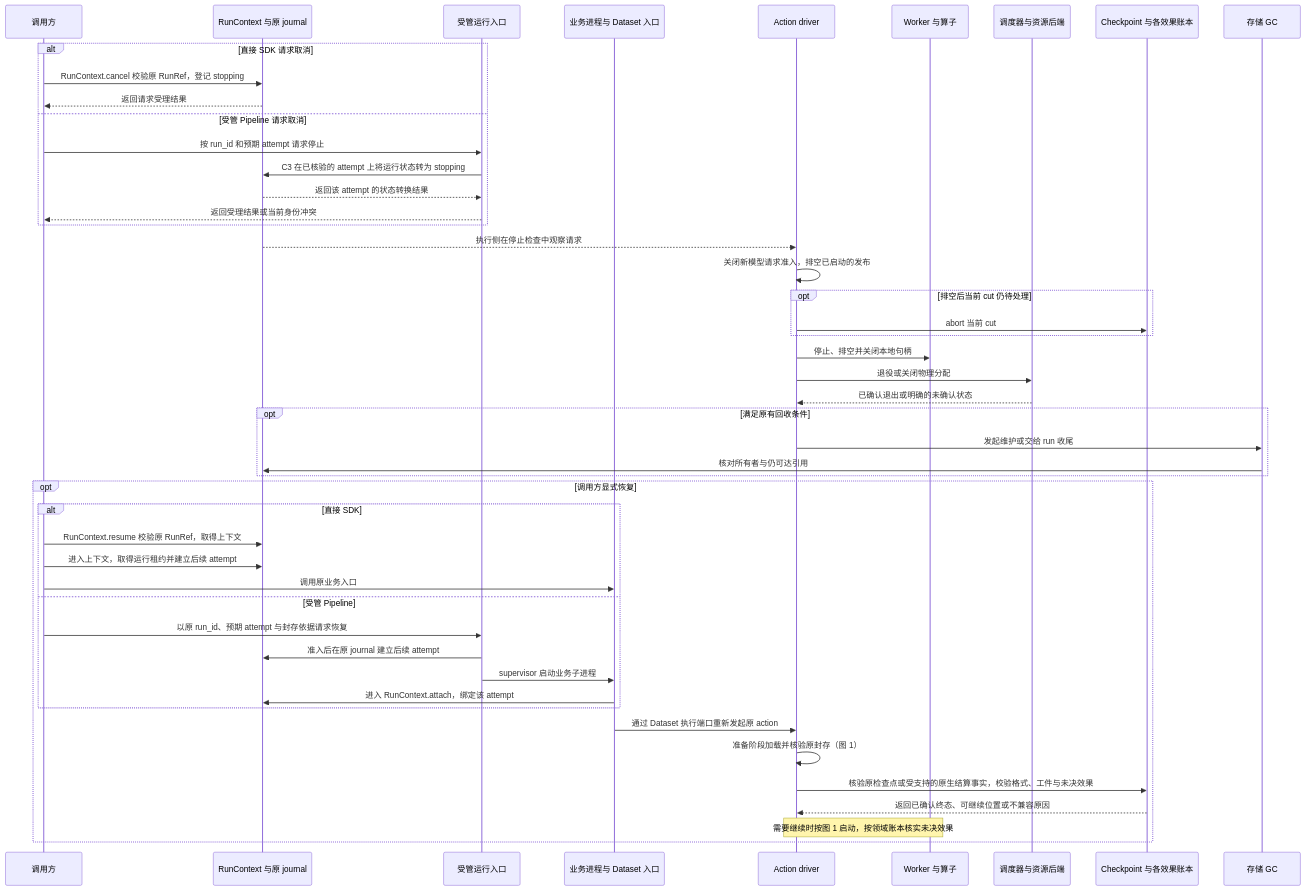
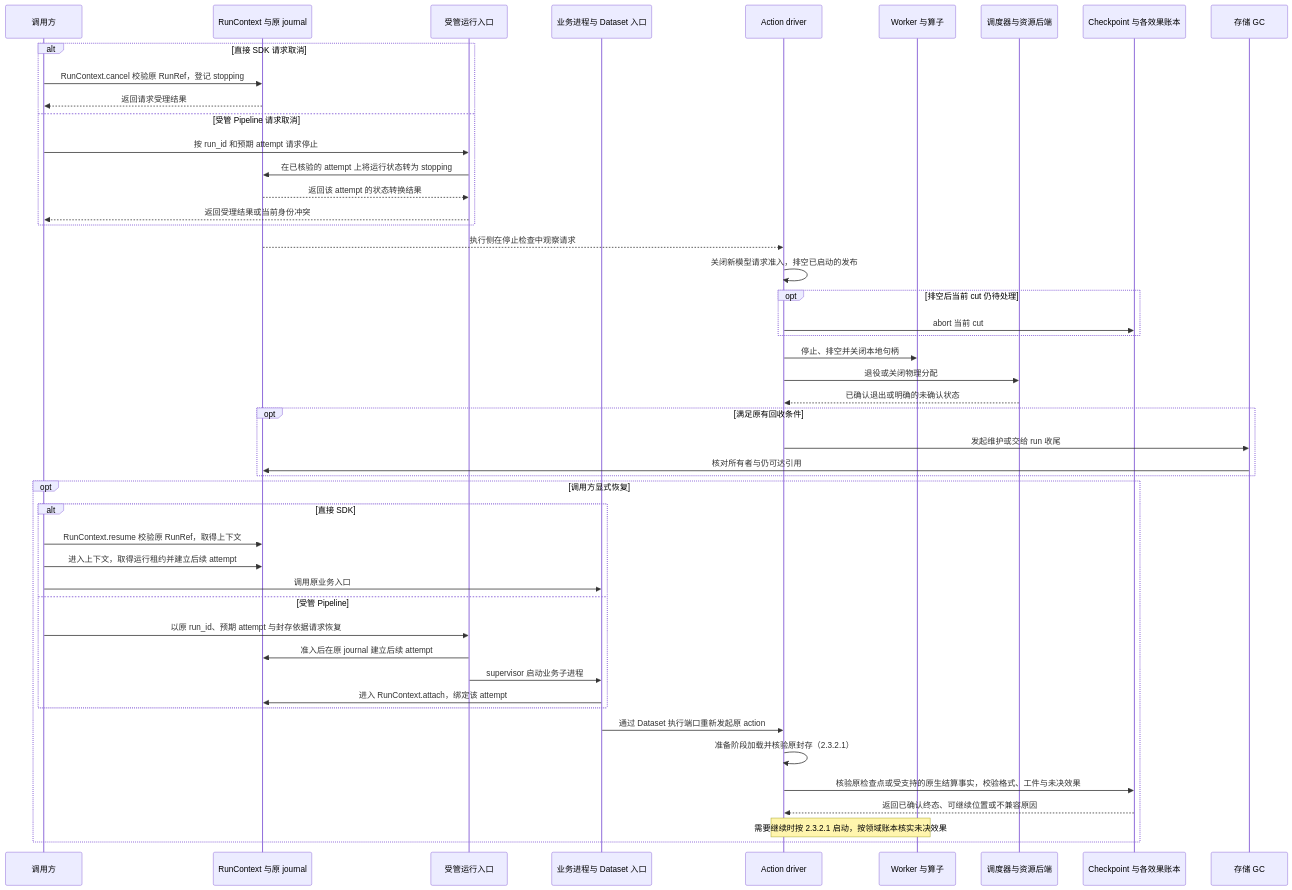
Before and after one commit to vincent9299/demiflow: diagram 14 of 14 in docs/demiflow-architecture.md, drawn with Mermaid. The commit also changed other lines of this file, not shown here.

Commit message:
Organize architecture into numbered responsibilities and linked sequence diagrams

````diff
--- a/docs/demiflow-architecture.md
+++ b/docs/demiflow-architecture.md
@@ -594,50 +566,50 @@
 ```mermaid
 sequenceDiagram
     participant U as 调用方
     participant R as RunContext 与原 journal
     participant M as 受管运行入口
     participant B as 业务进程与 Dataset 入口
     participant D as Action driver
     participant W as Worker 与算子
     participant Q as 调度器与资源后端
     participant C as Checkpoint 与各效果账本
     participant S as 存储 GC
     alt 直接 SDK 请求取消
         U->>R: RunContext.cancel 校验原 RunRef，登记 stopping
         R-->>U: 返回请求受理结果
     else 受管 Pipeline 请求取消
         U->>M: 按 run_id 和预期 attempt 请求停止
-        M->>R: C3 在已核验的 attempt 上将运行状态转为 stopping
+        M->>R: 在已核验的 attempt 上将运行状态转为 stopping
         R-->>M: 返回该 attempt 的状态转换结果
         M-->>U: 返回受理结果或当前身份冲突
     end
     R-->>D: 执行侧在停止检查中观察请求
     D->>D: 关闭新模型请求准入，排空已启动的发布
     opt 排空后当前 cut 仍待处理
         D->>C: abort 当前 cut
     end
     D->>W: 停止、排空并关闭本地句柄
     D->>Q: 退役或关闭物理分配
     Q-->>D: 已确认退出或明确的未确认状态
     opt 满足原有回收条件
         D->>S: 发起维护或交给 run 收尾
         S->>R: 核对所有者与仍可达引用
     end
     opt 调用方显式恢复
         alt 直接 SDK
             U->>R: RunContext.resume 校验原 RunRef，取得上下文
             U->>R: 进入上下文，取得运行租约并建立后续 attempt
             U->>B: 调用原业务入口
         else 受管 Pipeline
             U->>M: 以原 run_id、预期 attempt 与封存依据请求恢复
             M->>R: 准入后在原 journal 建立后续 attempt
             M->>B: supervisor 启动业务子进程
             B->>R: 进入 RunContext.attach，绑定该 attempt
         end
         B->>D: 通过 Dataset 执行端口重新发起原 action
-        D->>D: 准备阶段加载并核验原封存（图 1）
+        D->>D: 准备阶段加载并核验原封存（2.3.2.1）
         D->>C: 核验原检查点或受支持的原生结算事实，校验格式、工件与未决效果
         C-->>D: 返回已确认终态、可继续位置或不兼容原因
-        Note over D,W: 需要继续时按图 1 启动，按领域账本核实未决效果
+        Note over D,W: 需要继续时按 2.3.2.1 启动，按领域账本核实未决效果
     end
 ```
````
